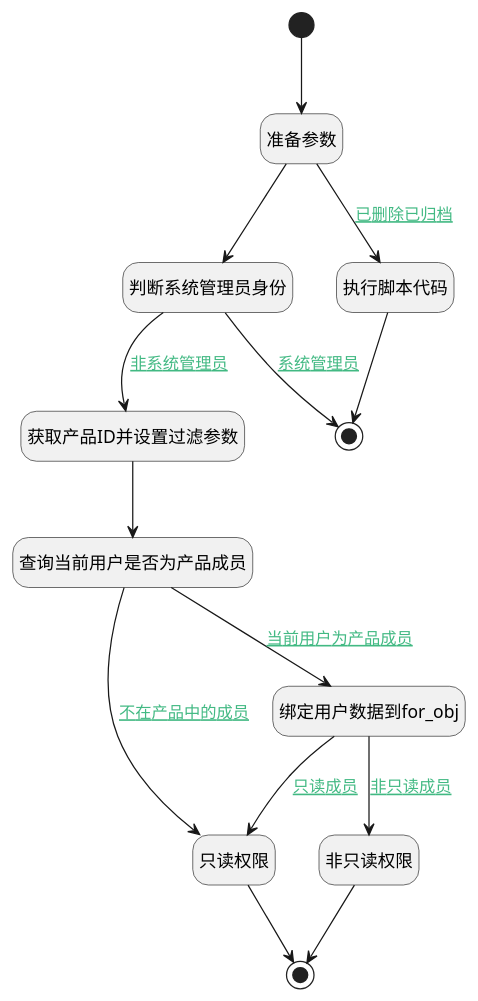
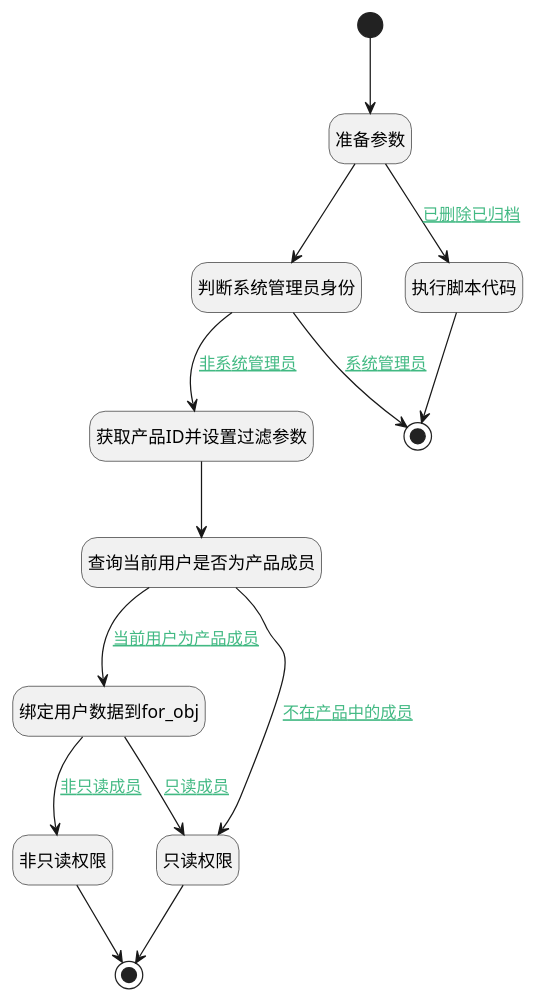
The diagram in doc/docsify/module/ProdMgmt/product/logic/get_product_member_one.md (iBizLab/plm), drawn with PlantUML before and after one commit. The commit also changed other lines of this file and 1276 other files, not shown here.

````diff
--- a/doc/docsify/module/ProdMgmt/product/logic/get_product_member_one.md
+++ b/doc/docsify/module/ProdMgmt/product/logic/get_product_member_one.md
@@ -7,40 +7,40 @@
 ```plantuml
 @startuml
 hide empty description
 <style>
 root {
   HyperlinkColor #42b983
 }
 </style>
 
 hide empty description
 state "开始" as Begin <<start>> [[$./get_product_member_one#begin {"开始"}]]
+state "结束" as END2 <<end>> [[$./get_product_member_one#end2 {"结束"}]]
 state "获取产品ID并设置过滤参数" as PREPAREPARAM2  [[$./get_product_member_one#prepareparam2 {"获取产品ID并设置过滤参数"}]]
 state "查询当前用户是否为产品成员" as DEDATASET3  [[$./get_product_member_one#dedataset3 {"查询当前用户是否为产品成员"}]]
-state "结束" as END2 <<end>> [[$./get_product_member_one#end2 {"结束"}]]
+state "准备参数" as PREPAREPARAM3  [[$./get_product_member_one#prepareparam3 {"准备参数"}]]
+state "绑定用户数据到for_obj" as PREPAREPARAM5  [[$./get_product_member_one#prepareparam5 {"绑定用户数据到for_obj"}]]
 state "只读权限" as RAWSFCODE1  [[$./get_product_member_one#rawsfcode1 {"只读权限"}]]
 state "非只读权限" as RAWSFCODE2  [[$./get_product_member_one#rawsfcode2 {"非只读权限"}]]
 state "结束" as END6 <<end>> [[$./get_product_member_one#end6 {"结束"}]]
-state "准备参数" as PREPAREPARAM3  [[$./get_product_member_one#prepareparam3 {"准备参数"}]]
-state "绑定用户数据到for_obj" as PREPAREPARAM5  [[$./get_product_member_one#prepareparam5 {"绑定用户数据到for_obj"}]]
 state "判断系统管理员身份" as RAWSFCODE3  [[$./get_product_member_one#rawsfcode3 {"判断系统管理员身份"}]]
 state "执行脚本代码" as RAWSFCODE4  [[$./get_product_member_one#rawsfcode4 {"执行脚本代码"}]]
 
 
 Begin --> PREPAREPARAM3
 PREPAREPARAM3 --> RAWSFCODE4 : [[$./get_product_member_one#prepareparam3-rawsfcode4{已删除已归档} 已删除已归档]]
 RAWSFCODE4 --> END2
 PREPAREPARAM3 --> RAWSFCODE3
 RAWSFCODE3 --> PREPAREPARAM2 : [[$./get_product_member_one#rawsfcode3-prepareparam2{非系统管理员} 非系统管理员]]
 PREPAREPARAM2 --> DEDATASET3
 DEDATASET3 --> RAWSFCODE1 : [[$./get_product_member_one#dedataset3-rawsfcode1{不在产品中的成员} 不在产品中的成员]]
 RAWSFCODE1 --> END6
 DEDATASET3 --> PREPAREPARAM5 : [[$./get_product_member_one#dedataset3-prepareparam5{当前用户为产品成员} 当前用户为产品成员]]
 PREPAREPARAM5 --> RAWSFCODE2 : [[$./get_product_member_one#prepareparam5-rawsfcode2{非只读成员} 非只读成员]]
 RAWSFCODE2 --> END6
 PREPAREPARAM5 --> RAWSFCODE1 : [[$./get_product_member_one#prepareparam5-rawsfcode1{只读成员} 只读成员]]
 RAWSFCODE3 --> END2 : [[$./get_product_member_one#rawsfcode3-end2{系统管理员} 系统管理员]]
 
 
 @enduml
 ```
````
